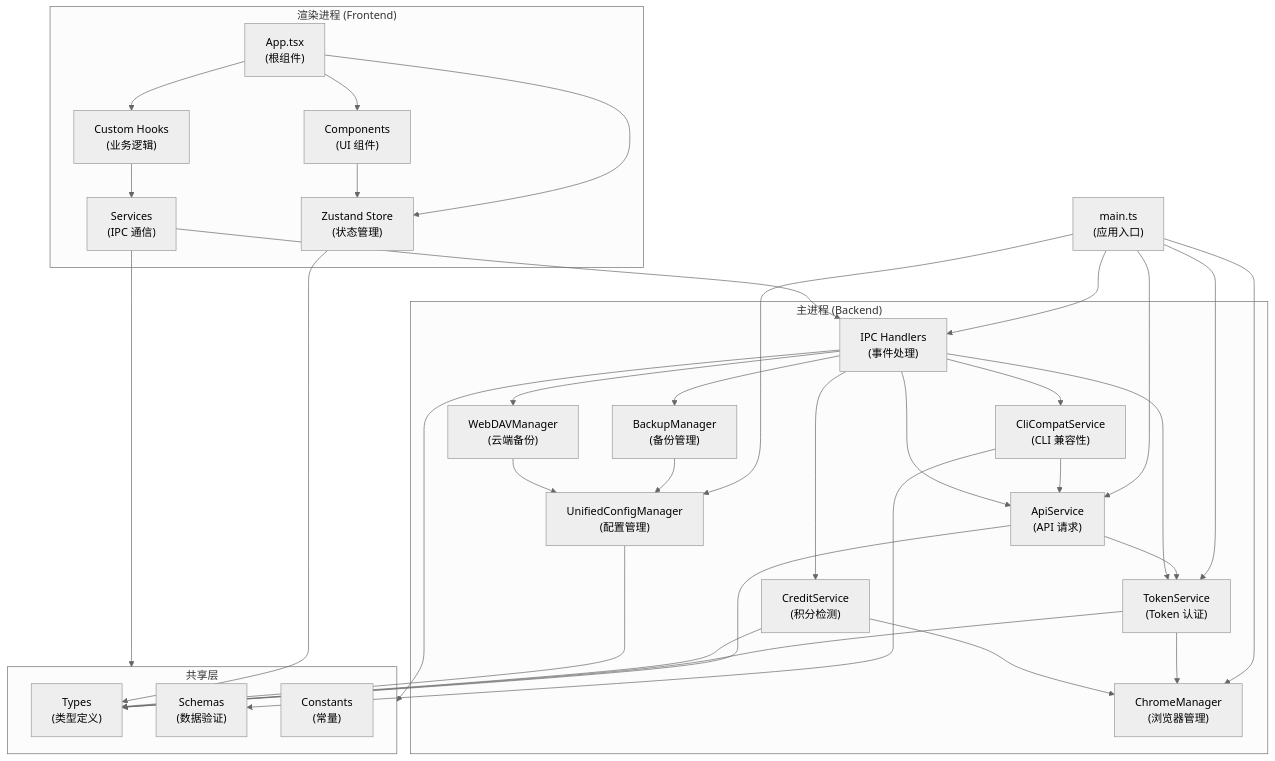
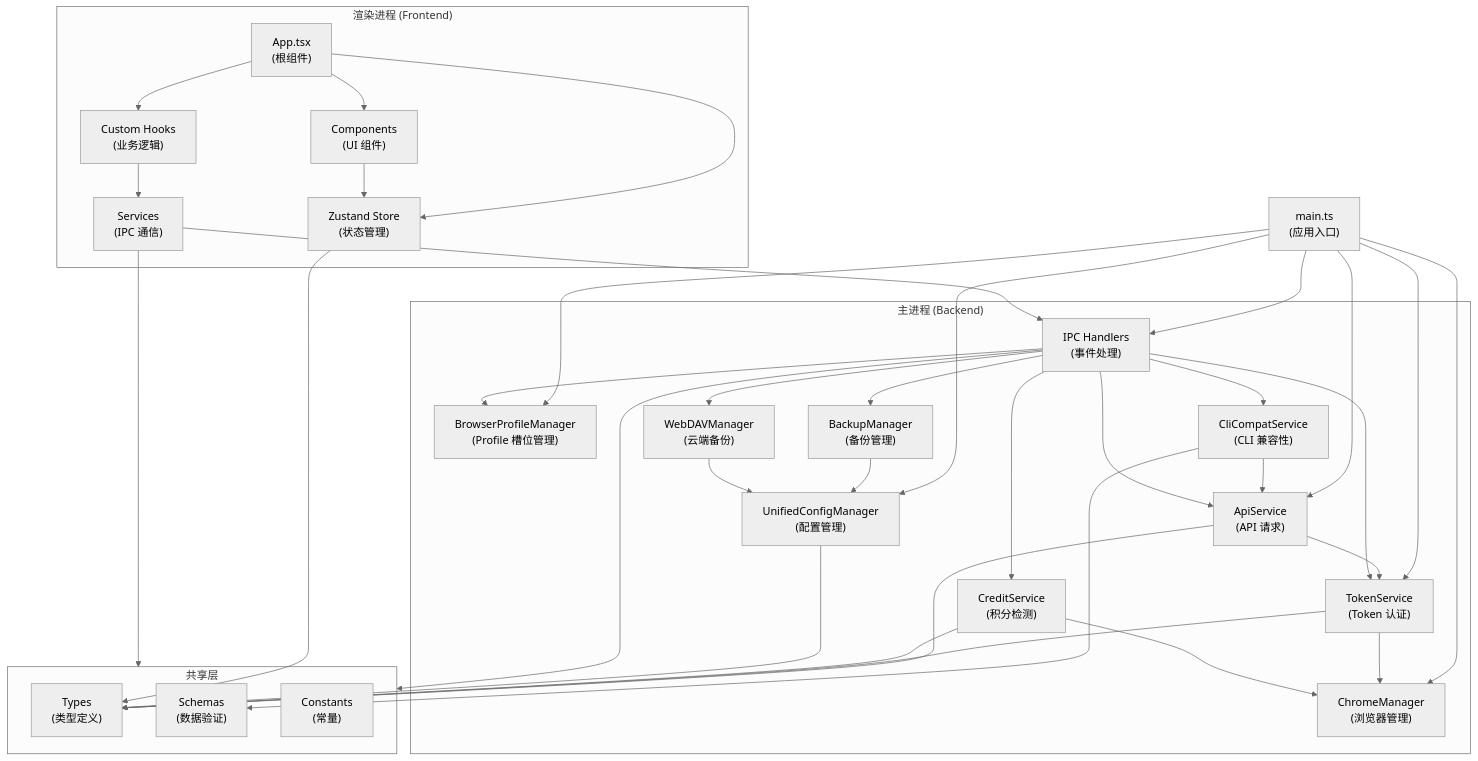
The diagram in PROJECT_INDEX.md (Sponge-Lu/API_detect_tools), drawn with Mermaid (neutral theme) before and after one commit. The commit also changed other lines of this file and 45 other files, not shown here.

First line of the commit message:
v2.1.24: 多账户管理、ChromeManager 多槽位架构、BrowserProfileManager

````diff
--- a/PROJECT_INDEX.md
+++ b/PROJECT_INDEX.md
@@ -60,69 +60,72 @@
 ```mermaid
 graph TD
     Main["main.ts<br/>(应用入口)"]
     
     subgraph MainProcess["主进程 (Backend)"]
         ChromeMgr["ChromeManager<br/>(浏览器管理)"]
+        ProfileMgr["BrowserProfileManager<br/>(Profile 槽位管理)"]
         TokenSvc["TokenService<br/>(Token 认证)"]
         ApiSvc["ApiService<br/>(API 请求)"]
         CliCompat["CliCompatService<br/>(CLI 兼容性)"]
         CreditSvc["CreditService<br/>(积分检测)"]
         BackupMgr["BackupManager<br/>(备份管理)"]
         WebDAVMgr["WebDAVManager<br/>(云端备份)"]
         ConfigMgr["UnifiedConfigManager<br/>(配置管理)"]
         Handlers["IPC Handlers<br/>(事件处理)"]
     end
     
     subgraph RendererProcess["渲染进程 (Frontend)"]
         App["App.tsx<br/>(根组件)"]
         Components["Components<br/>(UI 组件)"]
         Hooks["Custom Hooks<br/>(业务逻辑)"]
         Store["Zustand Store<br/>(状态管理)"]
         Services["Services<br/>(IPC 通信)"]
     end
     
     subgraph Shared["共享层"]
         Types["Types<br/>(类型定义)"]
         Schemas["Schemas<br/>(数据验证)"]
         Constants["Constants<br/>(常量)"]
     end
     
     Main --> ChromeMgr
+    Main --> ProfileMgr
     Main --> TokenSvc
     Main --> ApiSvc
     Main --> ConfigMgr
     Main --> Handlers
     
     TokenSvc --> ChromeMgr
     ApiSvc --> TokenSvc
     CliCompat --> ApiSvc
     CreditSvc --> ChromeMgr
     BackupMgr --> ConfigMgr
     WebDAVMgr --> ConfigMgr
     
     Handlers --> ApiSvc
+    Handlers --> ProfileMgr
     Handlers --> TokenSvc
     Handlers --> BackupMgr
     Handlers --> WebDAVMgr
     Handlers --> CliCompat
     Handlers --> CreditSvc
     
     App --> Components
     App --> Hooks
     App --> Store
     
     Hooks --> Services
     Services --> Handlers
     
     Components --> Store
     Store --> Types
     
     ApiSvc --> Types
     TokenSvc --> Types
     CreditSvc --> Types
     CliCompat --> Schemas
     ConfigMgr --> Types
     
     Handlers --> Shared
     Services --> Shared
 ```
````
